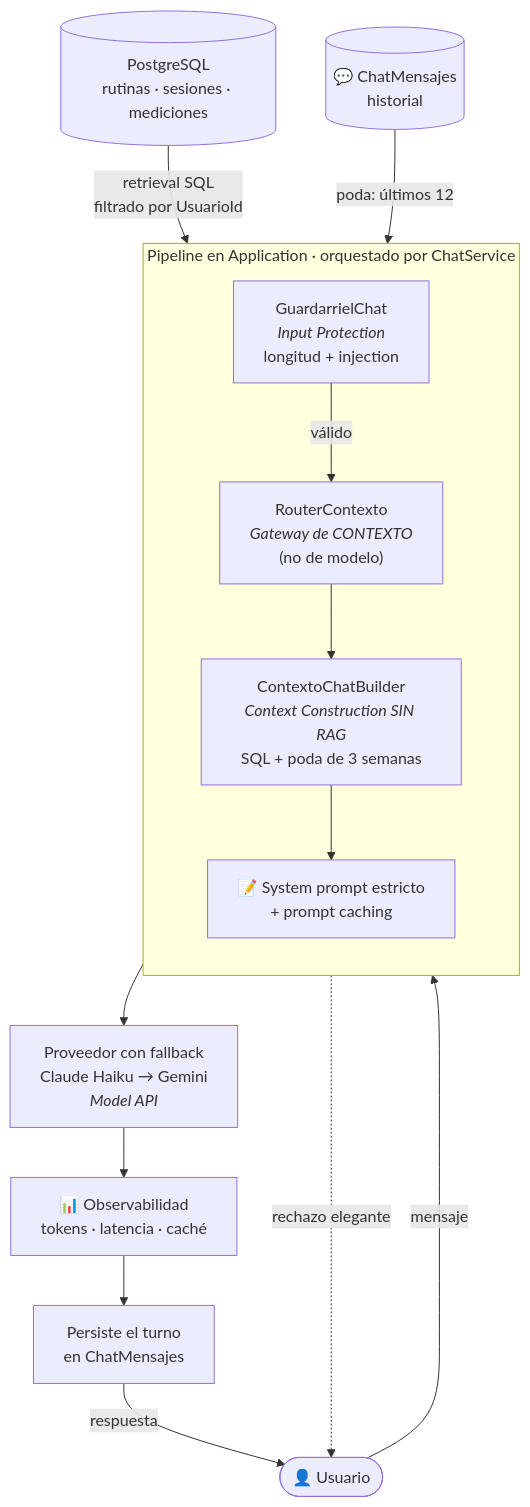
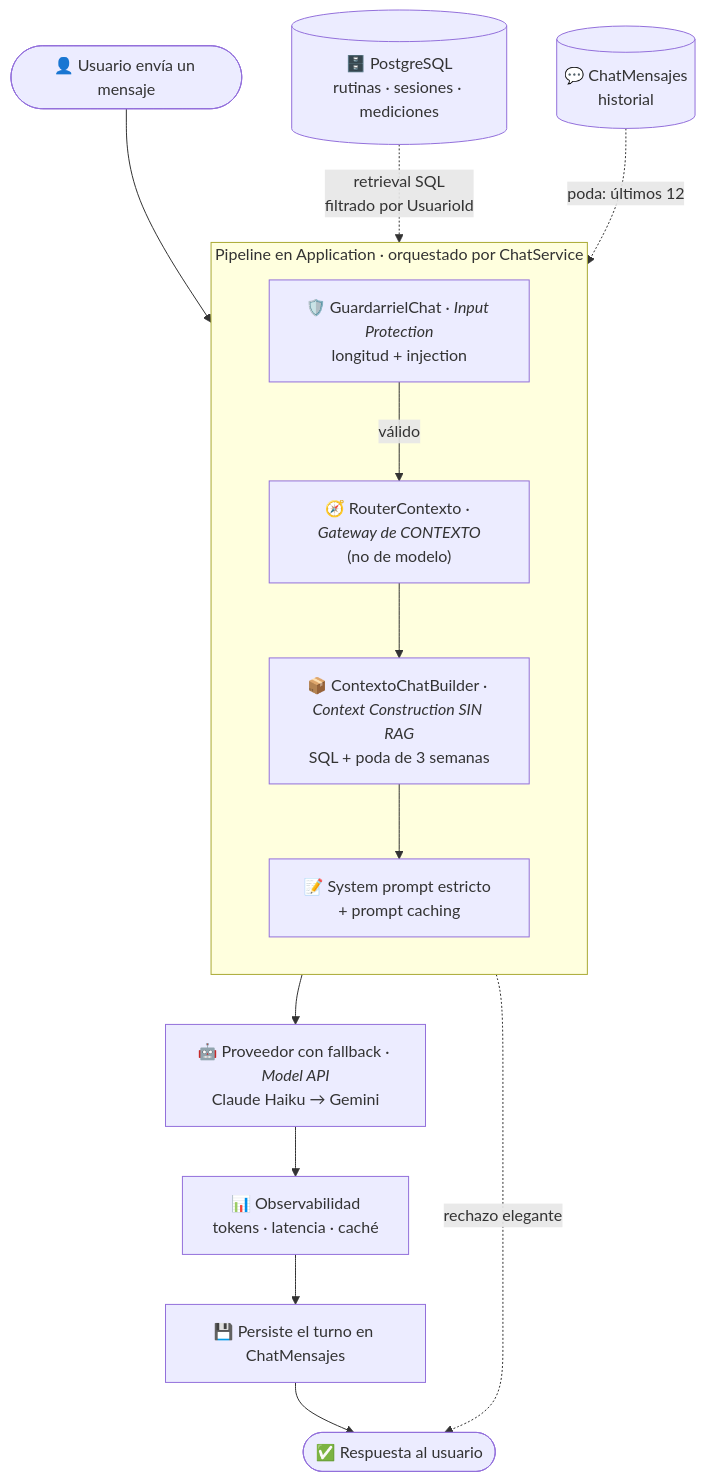
One commit to Fernando-Castro-Hernandez/GymTracker changed the second of 2 diagrams in README.md. Above: the diagram before and after it, drawn with Mermaid.

Commit message:
docs(readme): corrige orientacion del diagrama del chatbot (flujo top-down)

````diff
--- a/README.md
+++ b/README.md
@@ -234,23 +234,23 @@
 ```mermaid
 flowchart TB
-    U(["👤 Usuario"]) -->|mensaje| G
+    U(["👤 Usuario envía un mensaje"])
+    U --> G
 
     subgraph APP["Pipeline en Application · orquestado por ChatService"]
         direction TB
-        G["GuardarrielChat<br/><i>Input Protection</i><br/>longitud + injection"]
-        G -->|válido| R["RouterContexto<br/><i>Gateway de CONTEXTO</i><br/>(no de modelo)"]
-        R --> C["ContextoChatBuilder<br/><i>Context Construction SIN RAG</i><br/>SQL + poda de 3 semanas"]
-        C --> S["📝 System prompt estricto<br/>+ prompt caching"]
+        G["🛡️ GuardarrielChat · <i>Input Protection</i><br/>longitud + injection"]
+        R["🧭 RouterContexto · <i>Gateway de CONTEXTO</i><br/>(no de modelo)"]
+        C["📦 ContextoChatBuilder · <i>Context Construction SIN RAG</i><br/>SQL + poda de 3 semanas"]
+        S["📝 System prompt estricto + prompt caching"]
+        G -->|válido| R --> C --> S
     end
 
-    DB[("PostgreSQL<br/>rutinas · sesiones · mediciones")] -->|retrieval SQL<br/>filtrado por UsuarioId| C
-    H[("💬 ChatMensajes<br/>historial")] -->|poda: últimos 12| C
+    S --> API["🤖 Proveedor con fallback · <i>Model API</i><br/>Claude Haiku → Gemini"]
+    API --> O["📊 Observabilidad<br/>tokens · latencia · caché"]
+    O --> P["💾 Persiste el turno en ChatMensajes"]
+    P --> RESP(["✅ Respuesta al usuario"])
+    G -.->|rechazo elegante| RESP
 
-    S --> API["Proveedor con fallback<br/>Claude Haiku → Gemini<br/><i>Model API</i>"]
-    API --> O["📊 Observabilidad<br/>tokens · latencia · caché"]
-    O --> P["Persiste el turno<br/>en ChatMensajes"]
-    P -->|respuesta| U
-    G -.->|rechazo elegante| U  
-
-    classDef descartado stroke:#ff4d5e,color:#ff4d5e,stroke-dasharray:5 5,fill:transparent;
+    DB[("🗄️ PostgreSQL<br/>rutinas · sesiones · mediciones")] -.->|retrieval SQL<br/>filtrado por UsuarioId| C
+    H[("💬 ChatMensajes<br/>historial")] -.->|poda: últimos 12| C
 ```
````
